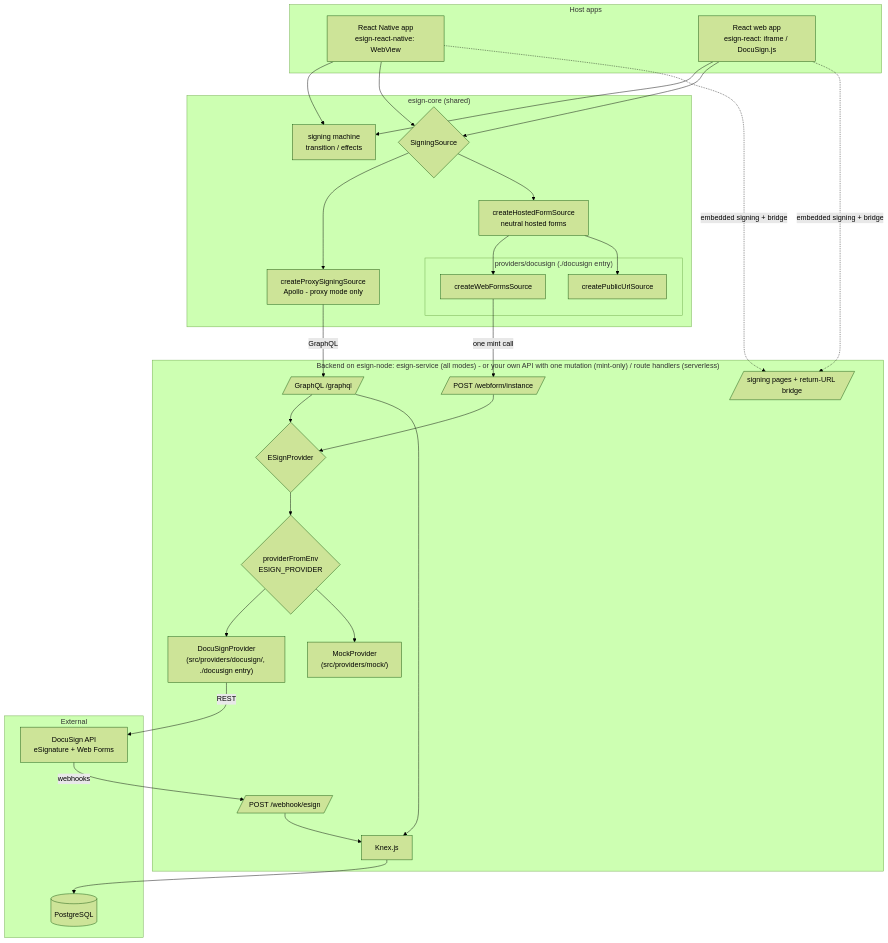
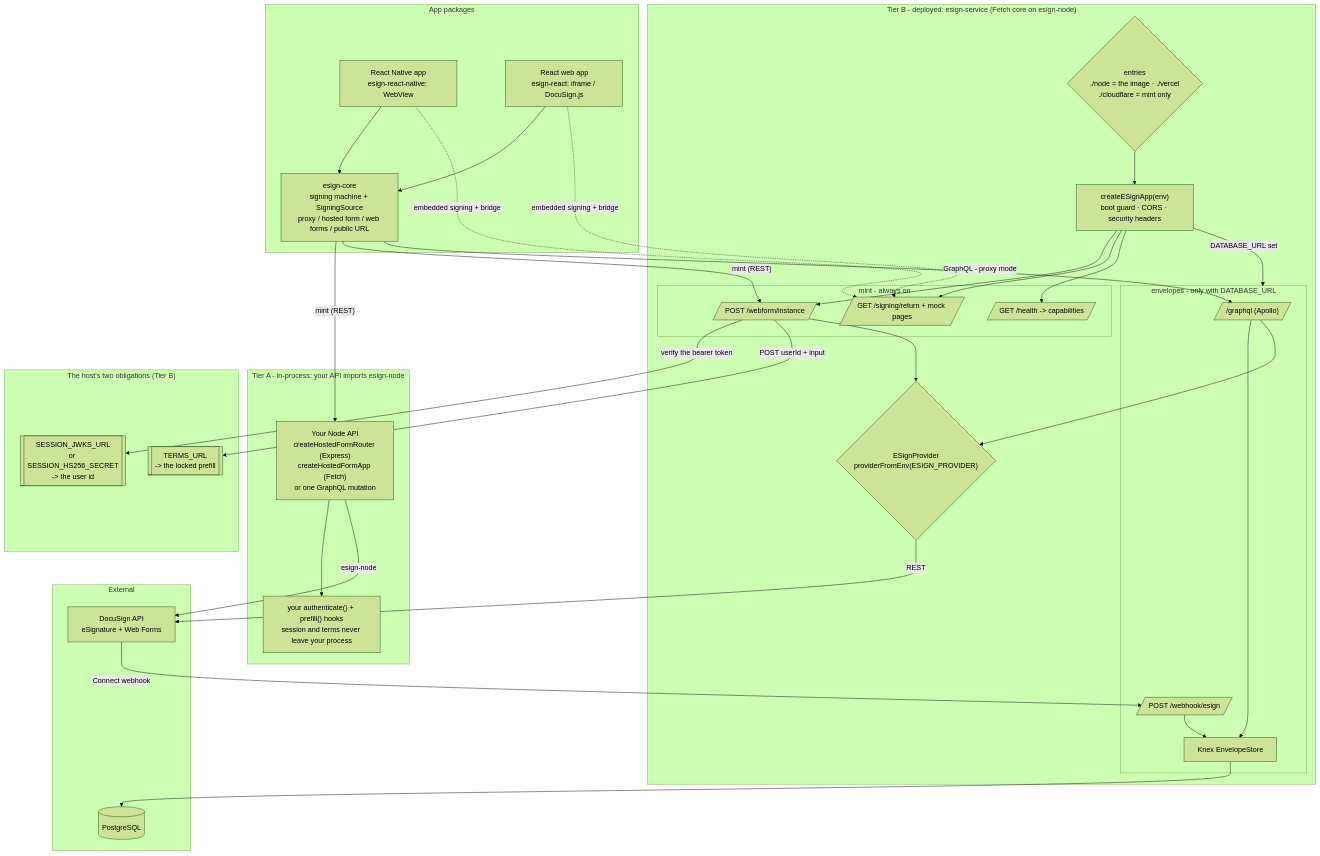
Before and after one commit to blinkbitcoin/esign: the diagram in docs/diagrams/src/system-architecture.mmd, drawn with Mermaid (forest theme). The commit also changed 27 other files, not shown here.

```diff
--- a/docs/diagrams/src/system-architecture.mmd
+++ b/docs/diagrams/src/system-architecture.mmd
@@ -1,53 +1,60 @@
 flowchart TB
-    subgraph Hosts["Host apps"]
+    subgraph Apps["App packages"]
         RN[React Native app<br/>esign-react-native: WebView]
         WEB[React web app<br/>esign-react: iframe / DocuSign.js]
+        CORE["esign-core<br/>signing machine + SigningSource<br/>proxy / hosted form / web forms / public URL"]
+        RN --> CORE
+        WEB --> CORE
     end
 
-    subgraph Core["esign-core (shared)"]
-        MACHINE[signing machine<br/>transition / effects]
-        SRC{SigningSource}
-        PROXY[createProxySigningSource<br/>Apollo - proxy mode only]
-        HF[createHostedFormSource<br/>neutral hosted forms]
-        subgraph CoreDS["providers/docusign (./docusign entry)"]
-            WF[createWebFormsSource]
-            PUB[createPublicUrlSource]
-        end
+    subgraph TierA["Tier A - in-process: your API imports esign-node"]
+        API["Your Node API<br/>createHostedFormRouter (Express)<br/>createHostedFormApp (Fetch)<br/>or one GraphQL mutation"]
+        HOOKA["your authenticate() + prefill() hooks<br/>session and terms never leave your process"]
+        API --> HOOKA
     end
 
-    subgraph Backend["Backend on esign-node: esign-service (all modes) - or your own API with one mutation (mint-only) / route handlers (serverless)"]
-        GQL[/"GraphQL /graphql"/]
-        WFI[/"POST /webform/instance"/]
-        WH[/"POST /webhook/esign"/]
-        SP[/"signing pages + return-URL bridge"/]
-        PROV{ESignProvider}
-        DS["DocuSignProvider<br/>(src/providers/docusign/, ./docusign entry)"]
-        MOCK["MockProvider<br/>(src/providers/mock/)"]
-        REG{providerFromEnv<br/>ESIGN_PROVIDER}
-        KNEX[Knex.js]
+    subgraph TierB["Tier B - deployed: esign-service (Fetch core on esign-node)"]
+        ENTRY{"entries<br/>./node = the image · ./vercel<br/>./cloudflare = mint only"}
+        APP["createESignApp(env)<br/>boot guard · CORS · security headers"]
+        subgraph Mint["mint - always on"]
+            WFI[/"POST /webform/instance"/]
+            SP[/"GET /signing/return + mock pages"/]
+            HEALTH[/"GET /health -> capabilities"/]
+        end
+        subgraph Envelopes["envelopes - only with DATABASE_URL"]
+            GQL[/"/graphql (Apollo)"/]
+            WH[/"POST /webhook/esign"/]
+            KNEX[Knex EnvelopeStore]
+        end
+        PROV{"ESignProvider<br/>providerFromEnv(ESIGN_PROVIDER)"}
+        ENTRY --> APP
+        APP --> WFI & SP & HEALTH
+        APP -->|DATABASE_URL set| Envelopes
+        GQL --> KNEX
+        WH --> KNEX
+    end
+
+    subgraph Host["The host's two obligations (Tier B)"]
+        IDP[["SESSION_JWKS_URL<br/>or SESSION_HS256_SECRET<br/>-> the user id"]]
+        TERMS[["TERMS_URL<br/>-> the locked prefill"]]
     end
 
     subgraph External["External"]
         DOCU[DocuSign API<br/>eSignature + Web Forms]
         DB[(PostgreSQL)]
     end
 
-    RN --> MACHINE
-    WEB --> MACHINE
-    RN --> SRC
-    WEB --> SRC
-    SRC --> PROXY & HF
-    HF --> WF & PUB
-    PROXY -->|GraphQL| GQL
-    WF -->|one mint call| WFI
-    GQL --> PROV
-    WFI --> PROV
-    PROV --> REG
-    REG --> DS & MOCK
-    DS -->|REST| DOCU
-    DOCU -->|webhooks| WH
-    GQL --> KNEX
-    WH --> KNEX
-    KNEX --> DB
+    CORE -->|"mint (REST)"| API
+    CORE -->|"mint (REST)"| WFI
+    CORE -->|GraphQL - proxy mode| GQL
     RN -.->|embedded signing + bridge| SP
     WEB -.->|embedded signing + bridge| SP
+
+    API -->|esign-node| DOCU
+    WFI -->|verify the bearer token| IDP
+    WFI -->|POST userId + input| TERMS
+    WFI --> PROV
+    GQL --> PROV
+    PROV -->|REST| DOCU
+    DOCU -->|Connect webhook| WH
+    KNEX --> DB
```
